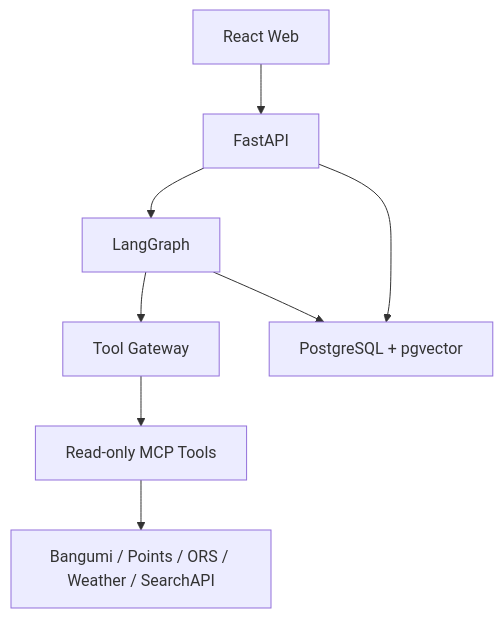
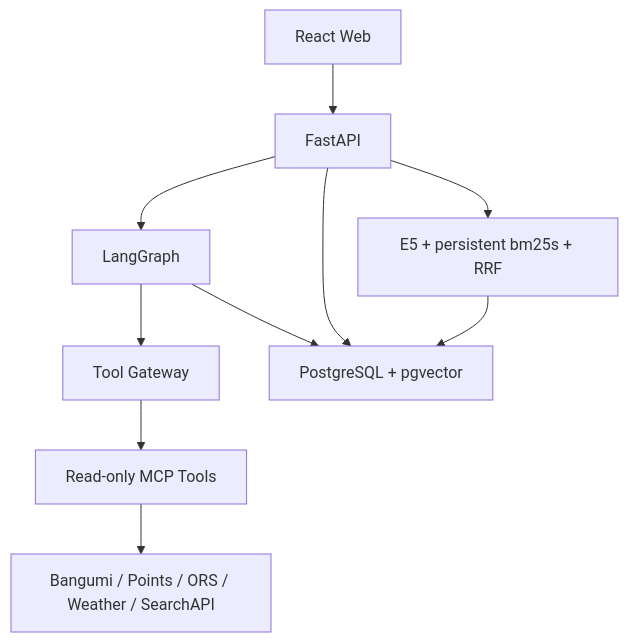
The diagram in docs/02_ARCHITECTURE.md (jsssjsgnk/anime-pilgrimage-agent), drawn with Mermaid before and after one commit. The commit also changed other lines of this file and 31 other files, not shown here.

````diff
--- a/docs/02_ARCHITECTURE.md
+++ b/docs/02_ARCHITECTURE.md
@@ -32,10 +32,12 @@
 ```mermaid
 flowchart TD
     UI["React Web"] --> API["FastAPI"]
     API --> GRAPH["LangGraph"]
     GRAPH --> GW["Tool Gateway"]
     GW --> MCP["Read-only MCP Tools"]
     MCP --> EXT["Bangumi / Points / ORS / Weather / SearchAPI"]
     GRAPH --> DB["PostgreSQL + pgvector"]
     API --> DB
+    API --> HYBRID["E5 + persistent bm25s + RRF"]
+    HYBRID --> DB
 ```
````
